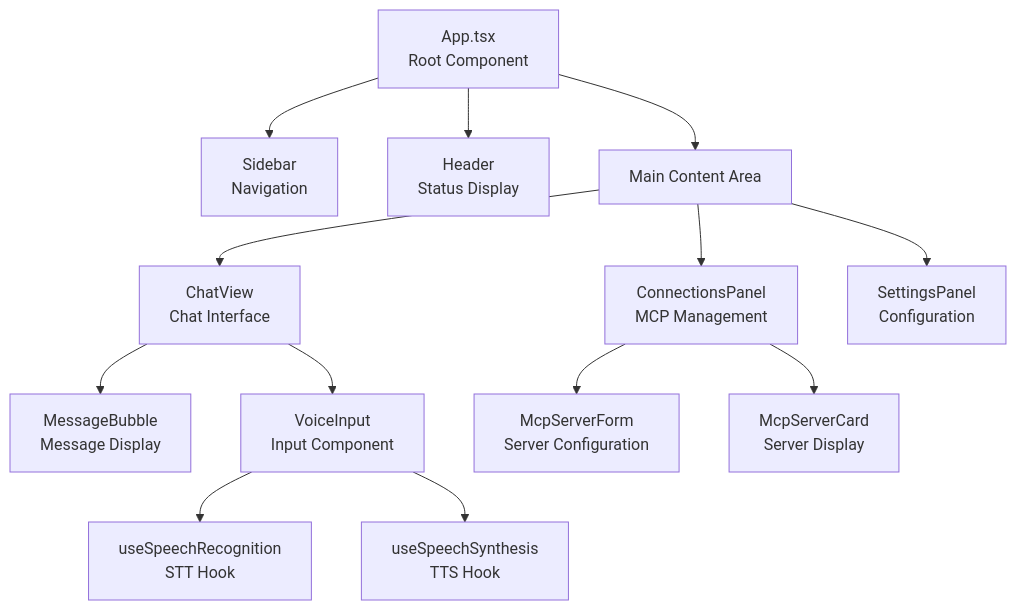
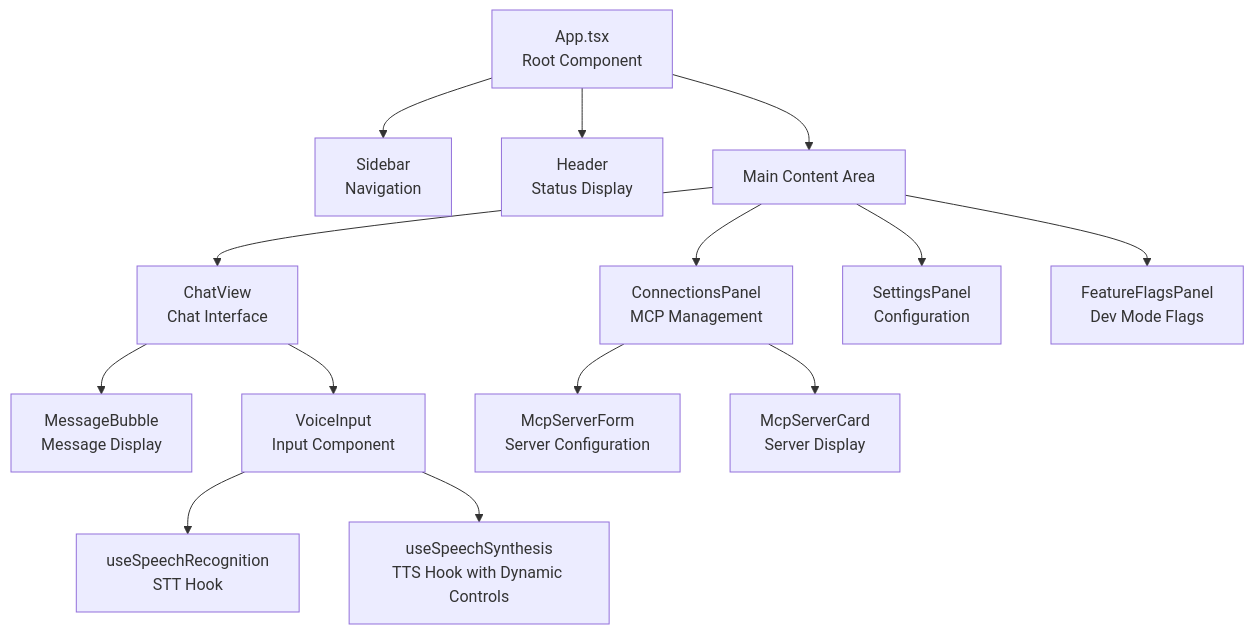
One commit to meharajM/ai-worker.app changed the fifth of 22 diagrams in architecture.md. Above: the diagram before and after it, drawn with Mermaid. The commit also changed other lines of this file and 9 other files, not shown here.

Commit message:
added flags ui for dev mode

````diff
--- a/architecture.md
+++ b/architecture.md
@@ -181,21 +181,22 @@
 ```mermaid
 graph TD
     App[App.tsx<br/>Root Component]
     
     App --> Sidebar[Sidebar<br/>Navigation]
     App --> Header[Header<br/>Status Display]
     App --> Main[Main Content Area]
     
     Main --> ChatView[ChatView<br/>Chat Interface]
     Main --> ConnectionsPanel[ConnectionsPanel<br/>MCP Management]
     Main --> SettingsPanel[SettingsPanel<br/>Configuration]
+    Main --> FeatureFlagsPanel[FeatureFlagsPanel<br/>Dev Mode Flags]
     
     ChatView --> MessageBubble[MessageBubble<br/>Message Display]
     ChatView --> VoiceInput[VoiceInput<br/>Input Component]
     
     ConnectionsPanel --> McpServerForm[McpServerForm<br/>Server Configuration]
     ConnectionsPanel --> McpServerCard[McpServerCard<br/>Server Display]
     
     VoiceInput --> SpeechRecognition[useSpeechRecognition<br/>STT Hook]
-    VoiceInput --> SpeechSynthesis[useSpeechSynthesis<br/>TTS Hook]
+    VoiceInput --> SpeechSynthesis[useSpeechSynthesis<br/>TTS Hook with Dynamic Controls]
 ```
````
